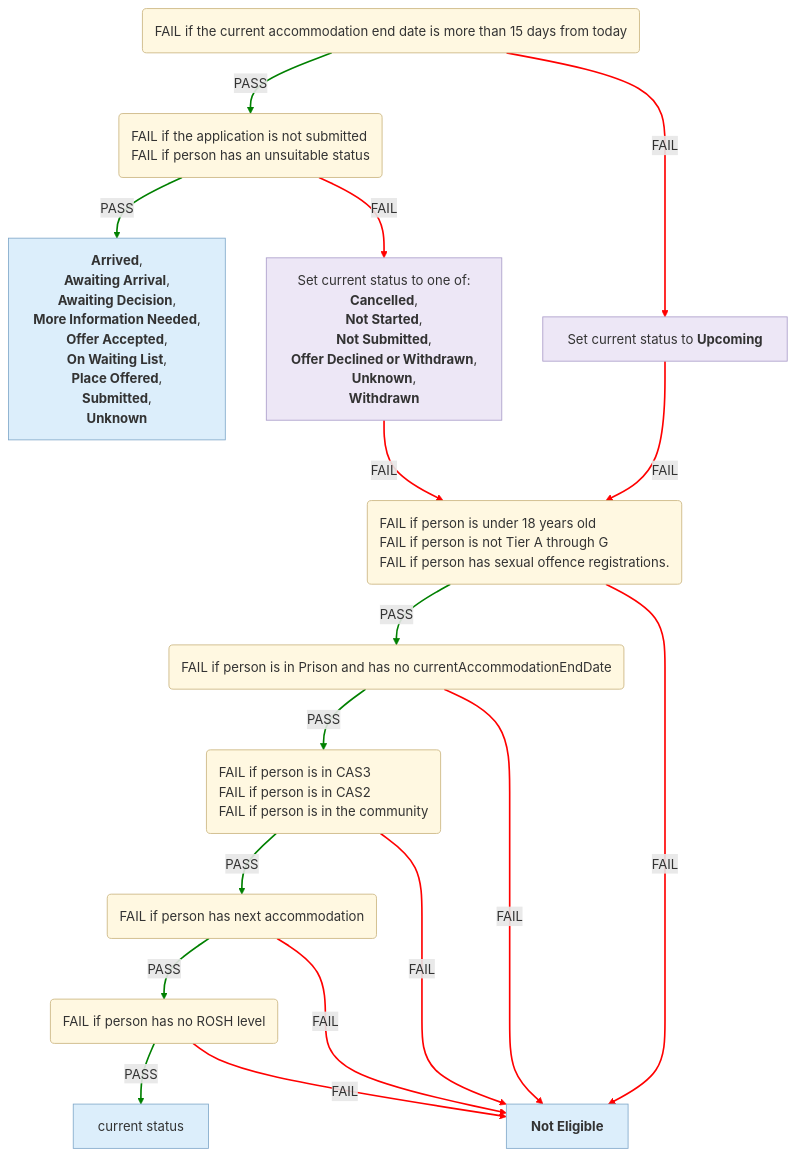
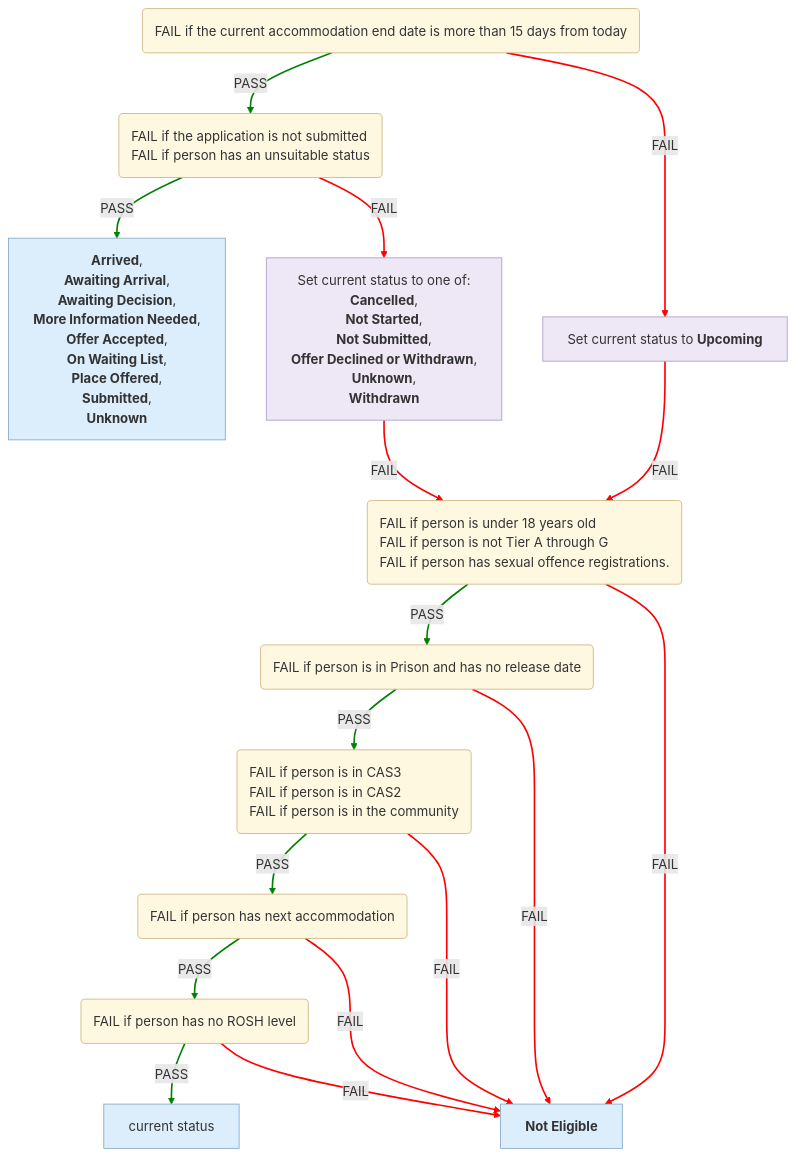
One commit to ministryofjustice/hmpps-single-accommodation-service-api changed the second of 6 diagrams in docs/eligibility-rules-graph.md. Above: the diagram before and after it, drawn with Mermaid. The commit also changed other lines of this file and 3 other files, not shown here.

````diff
--- a/docs/eligibility-rules-graph.md
+++ b/docs/eligibility-rules-graph.md
@@ -155,59 +155,59 @@
 ```mermaid
 %%{init: {"flowchart": {"wrappingWidth": 800}}}%%
 flowchart TD
   Upcoming("<div style='text-align:left'>FAIL if the current accommodation end date is more than 15 days from today</div>")
   Suitability("<div style='text-align:left'>FAIL if the application is not submitted
 FAIL if person has an unsuitable status</div>")
   outcome_Cas2CompletionContextUpdater["<b>Arrived</b>,
  <b>Awaiting Arrival</b>,
  <b>Awaiting Decision</b>,
  <b>More Information Needed</b>,
  <b>Offer Accepted</b>,
  <b>On Waiting List</b>,
  <b>Place Offered</b>,
  <b>Submitted</b>,
  <b>Unknown</b>"]
   updater_Cas2SuitabilityContextUpdater["Set current status to one of:
 <b>Cancelled</b>,
  <b>Not Started</b>,
  <b>Not Submitted</b>,
  <b>Offer Declined or Withdrawn</b>,
  <b>Unknown</b>,
  <b>Withdrawn</b>"]
   Eligibility_Person("<div style='text-align:left'>FAIL if person is under 18 years old
 FAIL if person is not Tier A through G
 FAIL if person has sexual offence registrations.</div>")
-  Eligibility_Release_Date("<div style='text-align:left'>FAIL if person is in Prison and has no currentAccommodationEndDate</div>")
+  Eligibility_Release_Date("<div style='text-align:left'>FAIL if person is in Prison and has no release date</div>")
   Eligibility_Current_Accommodation("<div style='text-align:left'>FAIL if person is in CAS3
 FAIL if person is in CAS2
 FAIL if person is in the community</div>")
   Eligibility_Next_Accommodation("<div style='text-align:left'>FAIL if person has next accommodation</div>")
   Eligibility_Rosh("<div style='text-align:left'>FAIL if person has no ROSH level</div>")
   confirmed["current status"]
   CAS2_NOT_ELIGIBLE["<b>Not Eligible</b>"]
   updater_Cas2UpcomingContextUpdater["Set current status to <b>Upcoming</b>"]
   Suitability -->|PASS| outcome_Cas2CompletionContextUpdater
   Suitability -->|FAIL| updater_Cas2SuitabilityContextUpdater
   Eligibility_Rosh -->|PASS| confirmed
   Eligibility_Rosh -->|FAIL| CAS2_NOT_ELIGIBLE
   Eligibility_Next_Accommodation -->|PASS| Eligibility_Rosh
   Eligibility_Next_Accommodation -->|FAIL| CAS2_NOT_ELIGIBLE
   Eligibility_Current_Accommodation -->|PASS| Eligibility_Next_Accommodation
   Eligibility_Current_Accommodation -->|FAIL| CAS2_NOT_ELIGIBLE
   Eligibility_Release_Date -->|PASS| Eligibility_Current_Accommodation
   Eligibility_Release_Date -->|FAIL| CAS2_NOT_ELIGIBLE
   Eligibility_Person -->|PASS| Eligibility_Release_Date
   Eligibility_Person -->|FAIL| CAS2_NOT_ELIGIBLE
   updater_Cas2SuitabilityContextUpdater -->|FAIL| Eligibility_Person
   Upcoming -->|PASS| Suitability
   Upcoming -->|FAIL| updater_Cas2UpcomingContextUpdater
   updater_Cas2UpcomingContextUpdater -->|FAIL| Eligibility_Person
   linkStyle 0,2,4,6,8,10,13 stroke:green,stroke-width:2px
   linkStyle 1,3,5,7,9,11,12,14,15 stroke:red,stroke-width:2px
   classDef ruleSetNode fill:#FFF8E1,stroke:#C9B37E,color:#333
   classDef outcomeNode fill:#DCEEFB,stroke:#7FA7C9,color:#333
   classDef updaterNode fill:#EDE7F6,stroke:#A99BC9,color:#333
   class Upcoming,Suitability,Eligibility_Person,Eligibility_Release_Date,Eligibility_Current_Accommodation,Eligibility_Next_Accommodation,Eligibility_Rosh ruleSetNode
   class outcome_Cas2CompletionContextUpdater,confirmed,CAS2_NOT_ELIGIBLE outcomeNode
   class updater_Cas2SuitabilityContextUpdater,updater_Cas2UpcomingContextUpdater updaterNode
 ```
````
